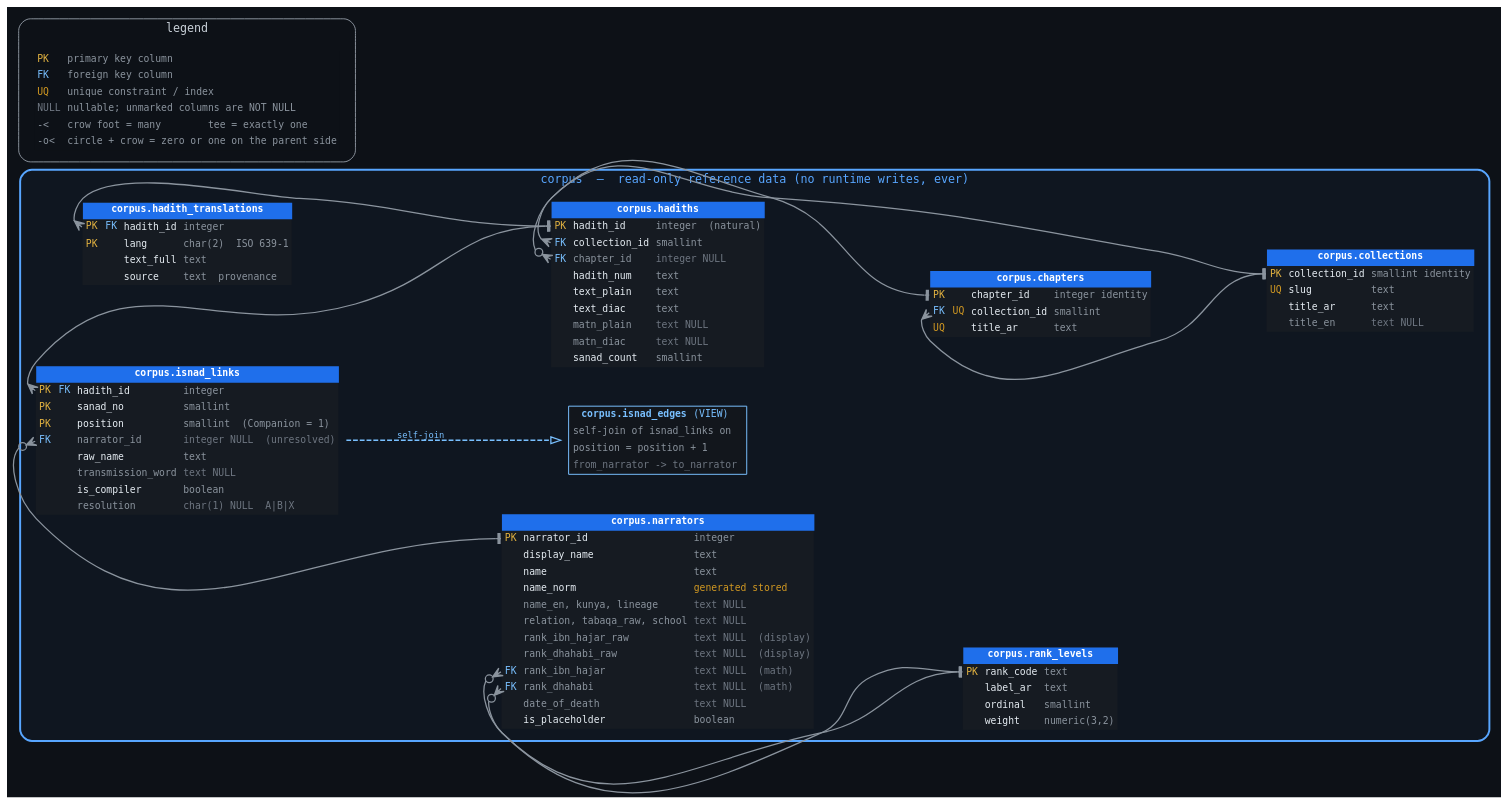
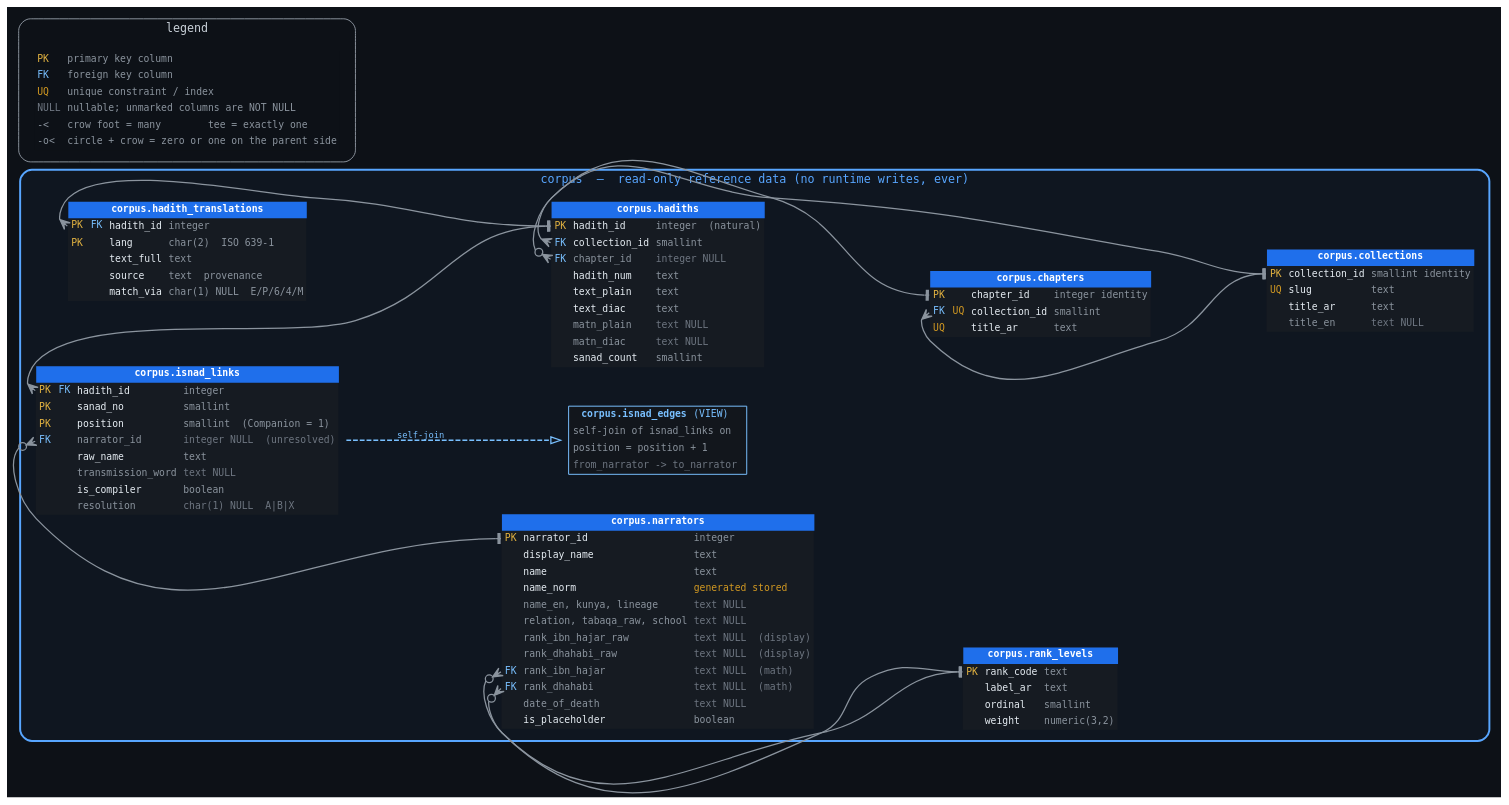
Before and after one commit to Kamrulhasan12345/ilham: the diagram in docs/erd/relational/corpus.dot, drawn with Graphviz. The commit also changed 55 other files, not shown here.

```diff
--- a/docs/erd/relational/corpus.dot
+++ b/docs/erd/relational/corpus.dot
@@ -1,149 +1,150 @@
 // ILHAM — RELATIONAL ERD, CORPUS LAYER
 //
 // The read-only reference data, on its own. Written once at seed, after which
 // INSERT/UPDATE/DELETE are REVOKEd from the app role. No trigger ever fires
 // here and no runtime write path exists.
 //
 // Four app tables reference corpus.hadiths from outside this diagram
 // (set_items, progress, review_items, notes) — see ../relational/schema.dot
 // for those, or ../chen/inter_layer.dot for the Chen view of them.
 //
 //   dot -Tsvg corpus.dot -o corpus.svg
 //
 digraph ilham_corpus {
     rankdir=LR;
     bgcolor="#0D1117";
     newrank=true;
     splines=spline;
     nodesep=0.45;
     ranksep=1.4;
     graph [fontname="DejaVu Sans Mono", fontcolor="#C9D1D9", fontsize=12];
     node  [fontname="DejaVu Sans Mono", shape=plaintext, fontsize=10];
     edge  [fontname="DejaVu Sans Mono", fontsize=9, color="#8B949E", fontcolor="#8B949E",
            dir=both, arrowtail=crow, arrowhead=tee, penwidth=1.3];
 
     subgraph cluster_corpus {
         label="corpus  —  read-only reference data (no runtime writes, ever)";
         fontcolor="#58A6FF";
         style="rounded,filled";
         fillcolor="#0F1620";
         color="#58A6FF";
         penwidth=2;
 
         collections [label=<
 <TABLE BORDER="0" CELLBORDER="0" CELLSPACING="0" CELLPADDING="3" BGCOLOR="#161B22">
 <TR><TD COLSPAN="3" BGCOLOR="#1F6FEB" ALIGN="CENTER"><FONT COLOR="#FFFFFF"><B>corpus.collections</B></FONT></TD></TR>
 <TR><TD PORT="collection_id" ALIGN="LEFT"><FONT COLOR="#E3B341">PK</FONT></TD><TD ALIGN="LEFT"><FONT COLOR="#E6EDF3">collection_id</FONT></TD><TD ALIGN="LEFT"><FONT COLOR="#8B949E">smallint identity</FONT></TD></TR>
 <TR><TD ALIGN="LEFT"><FONT COLOR="#D29922">UQ</FONT></TD><TD ALIGN="LEFT"><FONT COLOR="#E6EDF3">slug</FONT></TD><TD ALIGN="LEFT"><FONT COLOR="#8B949E">text</FONT></TD></TR>
 <TR><TD></TD><TD ALIGN="LEFT"><FONT COLOR="#E6EDF3">title_ar</FONT></TD><TD ALIGN="LEFT"><FONT COLOR="#8B949E">text</FONT></TD></TR>
 <TR><TD></TD><TD ALIGN="LEFT"><FONT COLOR="#8B949E">title_en</FONT></TD><TD ALIGN="LEFT"><FONT COLOR="#6E7681">text NULL</FONT></TD></TR>
 </TABLE>>];
 
         chapters [label=<
 <TABLE BORDER="0" CELLBORDER="0" CELLSPACING="0" CELLPADDING="3" BGCOLOR="#161B22">
 <TR><TD COLSPAN="3" BGCOLOR="#1F6FEB" ALIGN="CENTER"><FONT COLOR="#FFFFFF"><B>corpus.chapters</B></FONT></TD></TR>
 <TR><TD PORT="chapter_id" ALIGN="LEFT"><FONT COLOR="#E3B341">PK</FONT></TD><TD ALIGN="LEFT"><FONT COLOR="#E6EDF3">chapter_id</FONT></TD><TD ALIGN="LEFT"><FONT COLOR="#8B949E">integer identity</FONT></TD></TR>
 <TR><TD PORT="collection_id" ALIGN="LEFT"><FONT COLOR="#79C0FF">FK</FONT> <FONT COLOR="#D29922">UQ</FONT></TD><TD ALIGN="LEFT"><FONT COLOR="#E6EDF3">collection_id</FONT></TD><TD ALIGN="LEFT"><FONT COLOR="#8B949E">smallint</FONT></TD></TR>
 <TR><TD ALIGN="LEFT"><FONT COLOR="#D29922">UQ</FONT></TD><TD ALIGN="LEFT"><FONT COLOR="#E6EDF3">title_ar</FONT></TD><TD ALIGN="LEFT"><FONT COLOR="#8B949E">text</FONT></TD></TR>
 </TABLE>>];
 
         hadiths [label=<
 <TABLE BORDER="0" CELLBORDER="0" CELLSPACING="0" CELLPADDING="3" BGCOLOR="#161B22">
 <TR><TD COLSPAN="3" BGCOLOR="#1F6FEB" ALIGN="CENTER"><FONT COLOR="#FFFFFF"><B>corpus.hadiths</B></FONT></TD></TR>
 <TR><TD PORT="hadith_id" ALIGN="LEFT"><FONT COLOR="#E3B341">PK</FONT></TD><TD ALIGN="LEFT"><FONT COLOR="#E6EDF3">hadith_id</FONT></TD><TD ALIGN="LEFT"><FONT COLOR="#8B949E">integer  (natural)</FONT></TD></TR>
 <TR><TD PORT="collection_id" ALIGN="LEFT"><FONT COLOR="#79C0FF">FK</FONT></TD><TD ALIGN="LEFT"><FONT COLOR="#E6EDF3">collection_id</FONT></TD><TD ALIGN="LEFT"><FONT COLOR="#8B949E">smallint</FONT></TD></TR>
 <TR><TD PORT="chapter_id" ALIGN="LEFT"><FONT COLOR="#79C0FF">FK</FONT></TD><TD ALIGN="LEFT"><FONT COLOR="#8B949E">chapter_id</FONT></TD><TD ALIGN="LEFT"><FONT COLOR="#6E7681">integer NULL</FONT></TD></TR>
 <TR><TD></TD><TD ALIGN="LEFT"><FONT COLOR="#E6EDF3">hadith_num</FONT></TD><TD ALIGN="LEFT"><FONT COLOR="#8B949E">text</FONT></TD></TR>
 <TR><TD></TD><TD ALIGN="LEFT"><FONT COLOR="#E6EDF3">text_plain</FONT></TD><TD ALIGN="LEFT"><FONT COLOR="#8B949E">text</FONT></TD></TR>
 <TR><TD></TD><TD ALIGN="LEFT"><FONT COLOR="#E6EDF3">text_diac</FONT></TD><TD ALIGN="LEFT"><FONT COLOR="#8B949E">text</FONT></TD></TR>
 <TR><TD></TD><TD ALIGN="LEFT"><FONT COLOR="#8B949E">matn_plain</FONT></TD><TD ALIGN="LEFT"><FONT COLOR="#6E7681">text NULL</FONT></TD></TR>
 <TR><TD></TD><TD ALIGN="LEFT"><FONT COLOR="#8B949E">matn_diac</FONT></TD><TD ALIGN="LEFT"><FONT COLOR="#6E7681">text NULL</FONT></TD></TR>
 <TR><TD></TD><TD ALIGN="LEFT"><FONT COLOR="#E6EDF3">sanad_count</FONT></TD><TD ALIGN="LEFT"><FONT COLOR="#8B949E">smallint</FONT></TD></TR>
 </TABLE>>];
 
         rank_levels [label=<
 <TABLE BORDER="0" CELLBORDER="0" CELLSPACING="0" CELLPADDING="3" BGCOLOR="#161B22">
 <TR><TD COLSPAN="3" BGCOLOR="#1F6FEB" ALIGN="CENTER"><FONT COLOR="#FFFFFF"><B>corpus.rank_levels</B></FONT></TD></TR>
 <TR><TD PORT="rank_code" ALIGN="LEFT"><FONT COLOR="#E3B341">PK</FONT></TD><TD ALIGN="LEFT"><FONT COLOR="#E6EDF3">rank_code</FONT></TD><TD ALIGN="LEFT"><FONT COLOR="#8B949E">text</FONT></TD></TR>
 <TR><TD></TD><TD ALIGN="LEFT"><FONT COLOR="#E6EDF3">label_ar</FONT></TD><TD ALIGN="LEFT"><FONT COLOR="#8B949E">text</FONT></TD></TR>
 <TR><TD></TD><TD ALIGN="LEFT"><FONT COLOR="#E6EDF3">ordinal</FONT></TD><TD ALIGN="LEFT"><FONT COLOR="#8B949E">smallint</FONT></TD></TR>
 <TR><TD></TD><TD ALIGN="LEFT"><FONT COLOR="#E6EDF3">weight</FONT></TD><TD ALIGN="LEFT"><FONT COLOR="#8B949E">numeric(3,2)</FONT></TD></TR>
 </TABLE>>];
 
         narrators [label=<
 <TABLE BORDER="0" CELLBORDER="0" CELLSPACING="0" CELLPADDING="3" BGCOLOR="#161B22">
 <TR><TD COLSPAN="3" BGCOLOR="#1F6FEB" ALIGN="CENTER"><FONT COLOR="#FFFFFF"><B>corpus.narrators</B></FONT></TD></TR>
 <TR><TD PORT="narrator_id" ALIGN="LEFT"><FONT COLOR="#E3B341">PK</FONT></TD><TD ALIGN="LEFT"><FONT COLOR="#E6EDF3">narrator_id</FONT></TD><TD ALIGN="LEFT"><FONT COLOR="#8B949E">integer</FONT></TD></TR>
 <TR><TD></TD><TD ALIGN="LEFT"><FONT COLOR="#E6EDF3">display_name</FONT></TD><TD ALIGN="LEFT"><FONT COLOR="#8B949E">text</FONT></TD></TR>
 <TR><TD></TD><TD ALIGN="LEFT"><FONT COLOR="#E6EDF3">name</FONT></TD><TD ALIGN="LEFT"><FONT COLOR="#8B949E">text</FONT></TD></TR>
 <TR><TD></TD><TD ALIGN="LEFT"><FONT COLOR="#E6EDF3">name_norm</FONT></TD><TD ALIGN="LEFT"><FONT COLOR="#D29922">generated stored</FONT></TD></TR>
 <TR><TD></TD><TD ALIGN="LEFT"><FONT COLOR="#8B949E">name_en, kunya, lineage</FONT></TD><TD ALIGN="LEFT"><FONT COLOR="#6E7681">text NULL</FONT></TD></TR>
 <TR><TD></TD><TD ALIGN="LEFT"><FONT COLOR="#8B949E">relation, tabaqa_raw, school</FONT></TD><TD ALIGN="LEFT"><FONT COLOR="#6E7681">text NULL</FONT></TD></TR>
 <TR><TD></TD><TD ALIGN="LEFT"><FONT COLOR="#8B949E">rank_ibn_hajar_raw</FONT></TD><TD ALIGN="LEFT"><FONT COLOR="#6E7681">text NULL  (display)</FONT></TD></TR>
 <TR><TD></TD><TD ALIGN="LEFT"><FONT COLOR="#8B949E">rank_dhahabi_raw</FONT></TD><TD ALIGN="LEFT"><FONT COLOR="#6E7681">text NULL  (display)</FONT></TD></TR>
 <TR><TD PORT="rank_ibn_hajar" ALIGN="LEFT"><FONT COLOR="#79C0FF">FK</FONT></TD><TD ALIGN="LEFT"><FONT COLOR="#8B949E">rank_ibn_hajar</FONT></TD><TD ALIGN="LEFT"><FONT COLOR="#6E7681">text NULL  (math)</FONT></TD></TR>
 <TR><TD PORT="rank_dhahabi" ALIGN="LEFT"><FONT COLOR="#79C0FF">FK</FONT></TD><TD ALIGN="LEFT"><FONT COLOR="#8B949E">rank_dhahabi</FONT></TD><TD ALIGN="LEFT"><FONT COLOR="#6E7681">text NULL  (math)</FONT></TD></TR>
 <TR><TD></TD><TD ALIGN="LEFT"><FONT COLOR="#8B949E">date_of_death</FONT></TD><TD ALIGN="LEFT"><FONT COLOR="#6E7681">text NULL</FONT></TD></TR>
 <TR><TD></TD><TD ALIGN="LEFT"><FONT COLOR="#E6EDF3">is_placeholder</FONT></TD><TD ALIGN="LEFT"><FONT COLOR="#8B949E">boolean</FONT></TD></TR>
 </TABLE>>];
 
         isnad_links [label=<
 <TABLE BORDER="0" CELLBORDER="0" CELLSPACING="0" CELLPADDING="3" BGCOLOR="#161B22">
 <TR><TD COLSPAN="3" BGCOLOR="#1F6FEB" ALIGN="CENTER"><FONT COLOR="#FFFFFF"><B>corpus.isnad_links</B></FONT></TD></TR>
 <TR><TD PORT="hadith_id" ALIGN="LEFT"><FONT COLOR="#E3B341">PK</FONT> <FONT COLOR="#79C0FF">FK</FONT></TD><TD ALIGN="LEFT"><FONT COLOR="#E6EDF3">hadith_id</FONT></TD><TD ALIGN="LEFT"><FONT COLOR="#8B949E">integer</FONT></TD></TR>
 <TR><TD ALIGN="LEFT"><FONT COLOR="#E3B341">PK</FONT></TD><TD ALIGN="LEFT"><FONT COLOR="#E6EDF3">sanad_no</FONT></TD><TD ALIGN="LEFT"><FONT COLOR="#8B949E">smallint</FONT></TD></TR>
 <TR><TD ALIGN="LEFT"><FONT COLOR="#E3B341">PK</FONT></TD><TD ALIGN="LEFT"><FONT COLOR="#E6EDF3">position</FONT></TD><TD ALIGN="LEFT"><FONT COLOR="#8B949E">smallint  (Companion = 1)</FONT></TD></TR>
 <TR><TD PORT="narrator_id" ALIGN="LEFT"><FONT COLOR="#79C0FF">FK</FONT></TD><TD ALIGN="LEFT"><FONT COLOR="#8B949E">narrator_id</FONT></TD><TD ALIGN="LEFT"><FONT COLOR="#6E7681">integer NULL  (unresolved)</FONT></TD></TR>
 <TR><TD></TD><TD ALIGN="LEFT"><FONT COLOR="#E6EDF3">raw_name</FONT></TD><TD ALIGN="LEFT"><FONT COLOR="#8B949E">text</FONT></TD></TR>
 <TR><TD></TD><TD ALIGN="LEFT"><FONT COLOR="#8B949E">transmission_word</FONT></TD><TD ALIGN="LEFT"><FONT COLOR="#6E7681">text NULL</FONT></TD></TR>
 <TR><TD></TD><TD ALIGN="LEFT"><FONT COLOR="#E6EDF3">is_compiler</FONT></TD><TD ALIGN="LEFT"><FONT COLOR="#8B949E">boolean</FONT></TD></TR>
 <TR><TD></TD><TD ALIGN="LEFT"><FONT COLOR="#8B949E">resolution</FONT></TD><TD ALIGN="LEFT"><FONT COLOR="#6E7681">char(1) NULL  A|B|X</FONT></TD></TR>
 </TABLE>>];
 
         hadith_translations [label=<
 <TABLE BORDER="0" CELLBORDER="0" CELLSPACING="0" CELLPADDING="3" BGCOLOR="#161B22">
 <TR><TD COLSPAN="3" BGCOLOR="#1F6FEB" ALIGN="CENTER"><FONT COLOR="#FFFFFF"><B>corpus.hadith_translations</B></FONT></TD></TR>
 <TR><TD PORT="hadith_id" ALIGN="LEFT"><FONT COLOR="#E3B341">PK</FONT> <FONT COLOR="#79C0FF">FK</FONT></TD><TD ALIGN="LEFT"><FONT COLOR="#E6EDF3">hadith_id</FONT></TD><TD ALIGN="LEFT"><FONT COLOR="#8B949E">integer</FONT></TD></TR>
 <TR><TD ALIGN="LEFT"><FONT COLOR="#E3B341">PK</FONT></TD><TD ALIGN="LEFT"><FONT COLOR="#E6EDF3">lang</FONT></TD><TD ALIGN="LEFT"><FONT COLOR="#8B949E">char(2)  ISO 639-1</FONT></TD></TR>
 <TR><TD></TD><TD ALIGN="LEFT"><FONT COLOR="#E6EDF3">text_full</FONT></TD><TD ALIGN="LEFT"><FONT COLOR="#8B949E">text</FONT></TD></TR>
 <TR><TD></TD><TD ALIGN="LEFT"><FONT COLOR="#E6EDF3">source</FONT></TD><TD ALIGN="LEFT"><FONT COLOR="#8B949E">text  provenance</FONT></TD></TR>
+<TR><TD></TD><TD ALIGN="LEFT"><FONT COLOR="#E6EDF3">match_via</FONT></TD><TD ALIGN="LEFT"><FONT COLOR="#8B949E">char(1) NULL  E/P/6/4/M</FONT></TD></TR>
 </TABLE>>];
 
         isnad_edges [label=<
 <TABLE BORDER="1" CELLBORDER="0" CELLSPACING="0" CELLPADDING="3" BGCOLOR="#12161C" COLOR="#79C0FF">
 <TR><TD COLSPAN="2" ALIGN="CENTER"><FONT COLOR="#79C0FF"><B>corpus.isnad_edges</B>  (VIEW)</FONT></TD></TR>
 <TR><TD ALIGN="LEFT"><FONT COLOR="#8B949E">self-join of isnad_links on</FONT></TD><TD></TD></TR>
 <TR><TD ALIGN="LEFT"><FONT COLOR="#8B949E">position = position + 1</FONT></TD><TD></TD></TR>
 <TR><TD ALIGN="LEFT"><FONT COLOR="#6E7681">from_narrator -&gt; to_narrator</FONT></TD><TD></TD></TR>
 </TABLE>>];
     }
 
     // ---- referential constraints: child -> parent ----
     chapters:collection_id        -> collections:collection_id;
     hadiths:collection_id         -> collections:collection_id;
     hadiths:chapter_id            -> chapters:chapter_id       [arrowtail=crowodot];
     isnad_links:hadith_id         -> hadiths:hadith_id;
     isnad_links:narrator_id       -> narrators:narrator_id     [arrowtail=crowodot];
     narrators:rank_ibn_hajar      -> rank_levels:rank_code     [arrowtail=crowodot];
     narrators:rank_dhahabi        -> rank_levels:rank_code     [arrowtail=crowodot];
     hadith_translations:hadith_id -> hadiths:hadith_id;
 
     // ---- derived view ----
     edge [color="#79C0FF", fontcolor="#79C0FF", style=dashed, penwidth=1.3,
           arrowtail=none, arrowhead=onormal, label="self-join"];
     isnad_links -> isnad_edges;
 
     subgraph cluster_legend {
         label="legend"; fontcolor="#C9D1D9"; style="rounded,filled";
         fillcolor="#0D1117"; color="#8B949E"; penwidth=1;
         legend [label=<
 <TABLE BORDER="0" CELLBORDER="0" CELLSPACING="0" CELLPADDING="3" BGCOLOR="#0D1117">
 <TR><TD ALIGN="LEFT"><FONT COLOR="#E3B341">PK</FONT></TD><TD ALIGN="LEFT"><FONT COLOR="#8B949E">primary key column</FONT></TD></TR>
 <TR><TD ALIGN="LEFT"><FONT COLOR="#79C0FF">FK</FONT></TD><TD ALIGN="LEFT"><FONT COLOR="#8B949E">foreign key column</FONT></TD></TR>
 <TR><TD ALIGN="LEFT"><FONT COLOR="#D29922">UQ</FONT></TD><TD ALIGN="LEFT"><FONT COLOR="#8B949E">unique constraint / index</FONT></TD></TR>
 <TR><TD ALIGN="LEFT"><FONT COLOR="#6E7681">NULL</FONT></TD><TD ALIGN="LEFT"><FONT COLOR="#8B949E">nullable; unmarked columns are NOT NULL</FONT></TD></TR>
 <TR><TD ALIGN="LEFT"><FONT COLOR="#8B949E">-&lt;</FONT></TD><TD ALIGN="LEFT"><FONT COLOR="#8B949E">crow foot = many        tee = exactly one</FONT></TD></TR>
 <TR><TD ALIGN="LEFT"><FONT COLOR="#8B949E">-o&lt;</FONT></TD><TD ALIGN="LEFT"><FONT COLOR="#8B949E">circle + crow = zero or one on the parent side</FONT></TD></TR>
 </TABLE>>];
     }
 }
```
